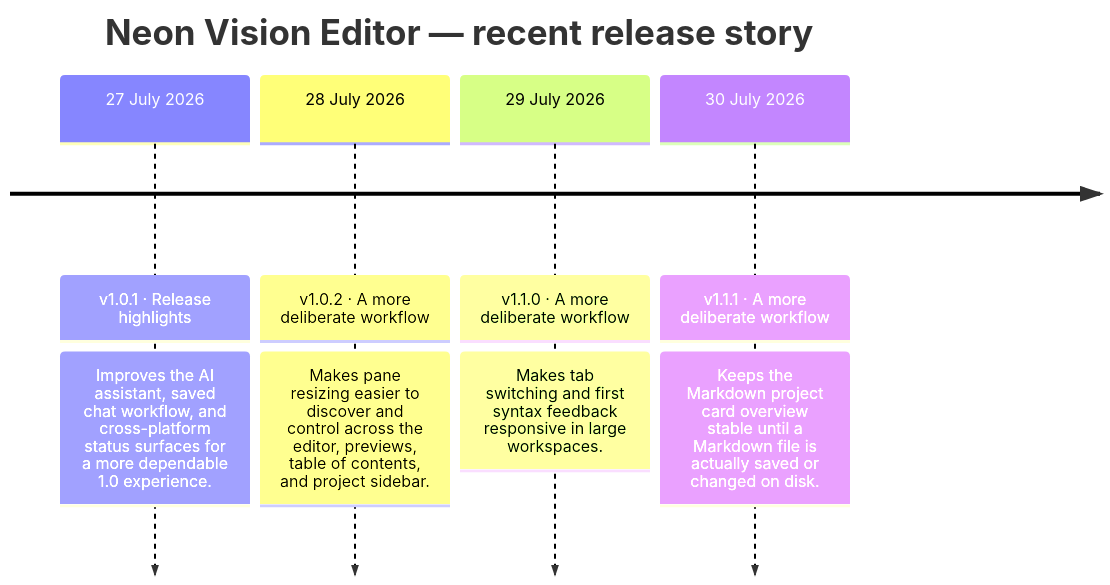
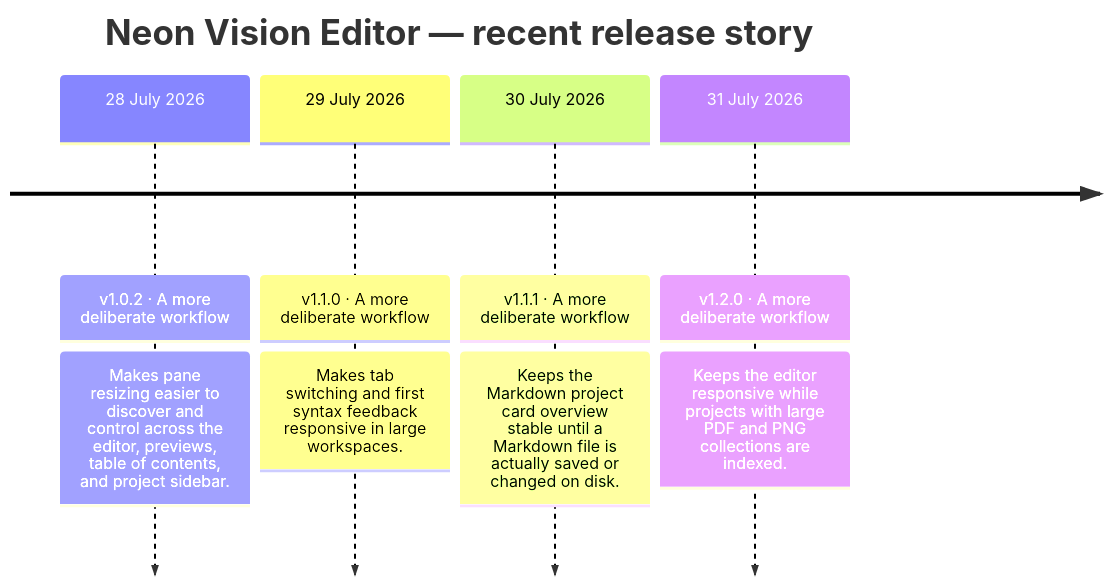
The second of 2 diagrams in README.md (h3pdesign/Neon-Vision-Editor), drawn with Mermaid before and after one commit. The commit also changed other lines of this file and 12 other files, not shown here.

````diff
--- a/README.md
+++ b/README.md
@@ -771,12 +759,12 @@
 ```mermaid
 timeline
     title Neon Vision Editor — recent release story
-    27 July 2026 : v1.0.1 · Release highlights
-                : Improves the AI assistant, saved chat workflow, and cross-platform status surfaces for a more dependable 1.0 experience.
     28 July 2026 : v1.0.2 · A more deliberate workflow
                 : Makes pane resizing easier to discover and control across the editor, previews, table of contents, and project sidebar.
     29 July 2026 : v1.1.0 · A more deliberate workflow
                 : Makes tab switching and first syntax feedback responsive in large workspaces.
     30 July 2026 : v1.1.1 · A more deliberate workflow
                 : Keeps the Markdown project card overview stable until a Markdown file is actually saved or changed on disk.
+    31 July 2026 : v1.2.0 · A more deliberate workflow
+                : Keeps the editor responsive while projects with large PDF and PNG collections are indexed.
 ```
````
